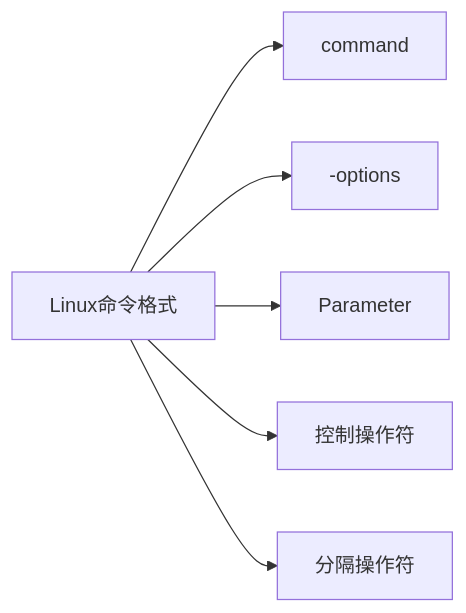
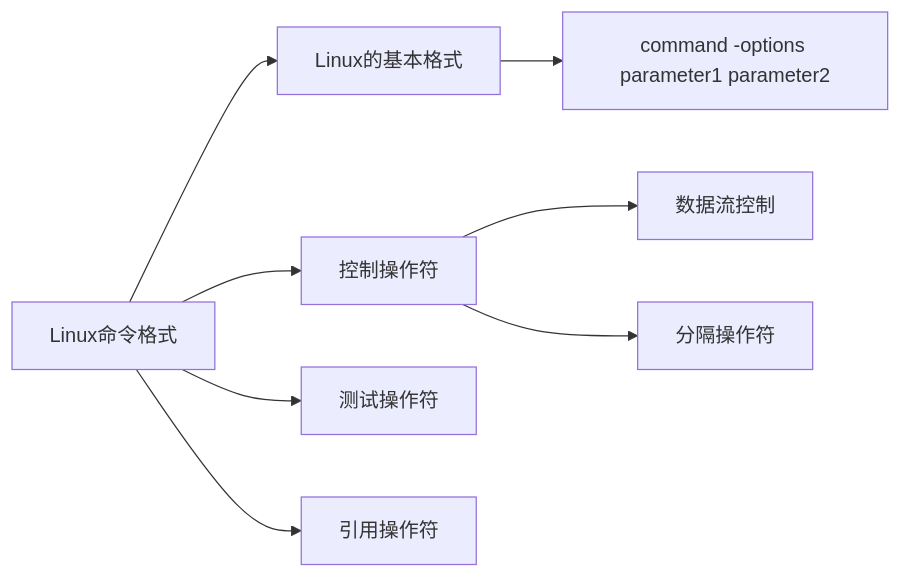
One commit to 78590-web/tech-blog changed the first of 2 diagrams in docs/linux/shell-01-intro.md. Above: the diagram before and after it, drawn with Mermaid. The commit also changed other lines of this file and 1 other file, not shown here.

````diff
--- a/docs/linux/shell-01-intro.md
+++ b/docs/linux/shell-01-intro.md
@@ -19,8 +6,10 @@
 ```mermaid
 flowchart LR
-A_1[Linux命令格式] --> B_1[command]
-A_1[Linux命令格式] --> B_2[-options]
-A_1[Linux命令格式] --> B_3[Parameter]
-A_1[Linux命令格式] --> B_4[控制操作符]
-A_1[Linux命令格式] --> B_5[分隔操作符]
+A_1[Linux命令格式] --> B_1[Linux的基本格式]
+B_1[Linux的基本格式] --> C_1["command -options parameter1 parameter2"]
+A_1[Linux命令格式] --> B_2[控制操作符]
+B_2[控制操作符] --> C_2[数据流控制]
+B_2[控制操作符] --> C_3[分隔操作符]
+A_1[Linux命令格式] --> B_3[测试操作符]
+A_1[Linux命令格式] --> B_4[引用操作符]
 ```
````
